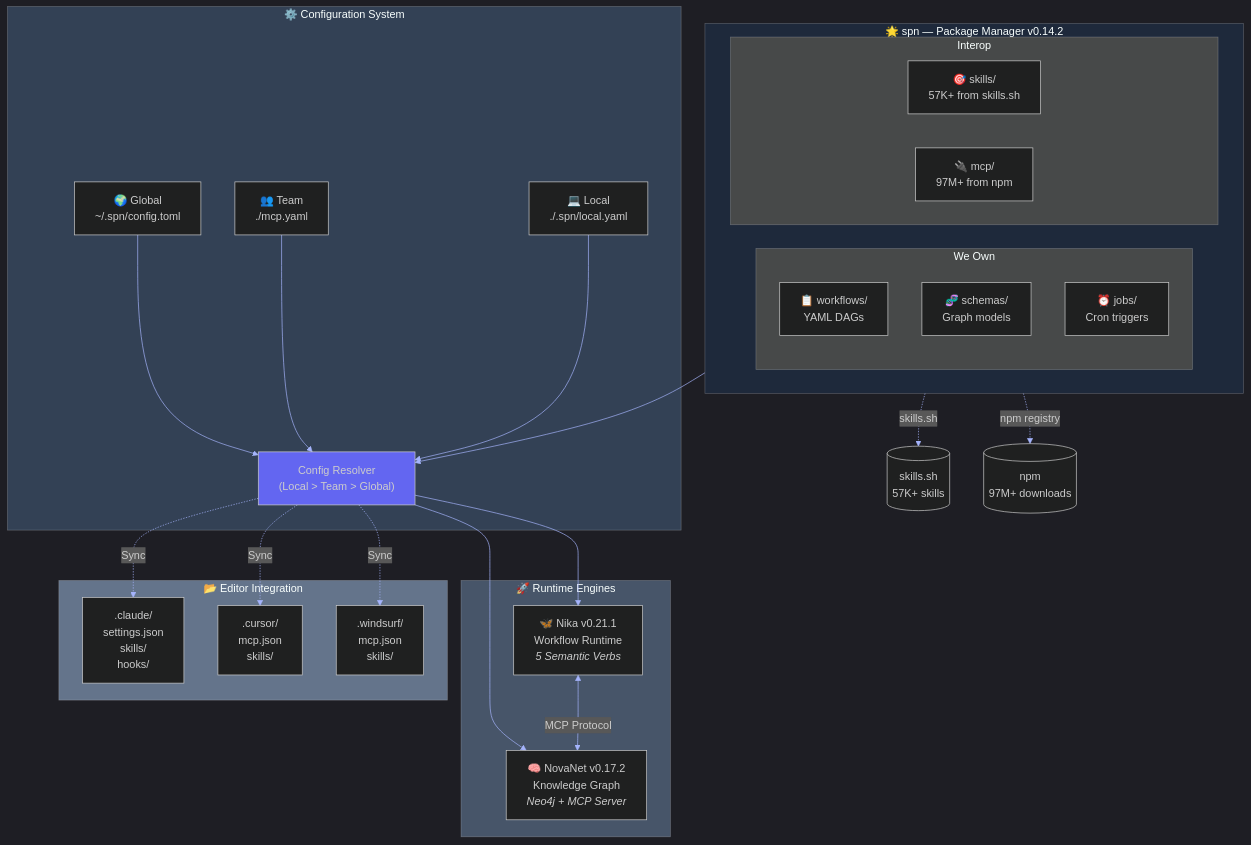
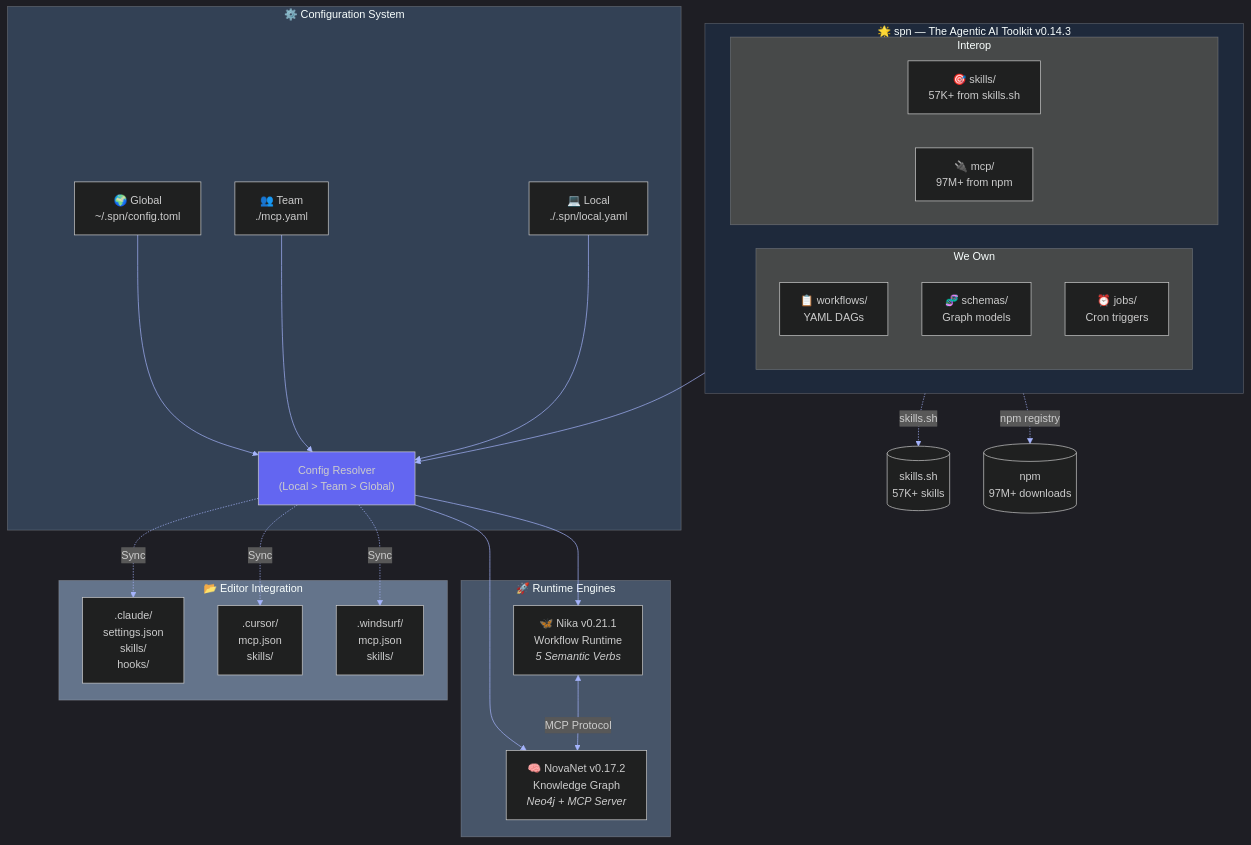
One commit to supernovae-st/supernovae-cli changed the seventh of 7 diagrams in README.md. Above: the diagram before and after it, drawn with Mermaid. The commit also changed other lines of this file and 10 other files, not shown here.

````diff
--- a/README.md
+++ b/README.md
@@ -2256,56 +2329,56 @@
 ```mermaid
 %%{init: {'theme': 'dark', 'themeVariables': { 'primaryColor': '#6366f1', 'primaryTextColor': '#fff', 'primaryBorderColor': '#818cf8', 'lineColor': '#a5b4fc', 'secondaryColor': '#1e1b4b', 'tertiaryColor': '#312e81'}}}%%
 flowchart TB
-    subgraph SPN["🌟 spn — Package Manager v0.14.2"]
+    subgraph SPN["🌟 spn — The Agentic AI Toolkit v0.14.3"]
         direction LR
         subgraph OWNED["We Own"]
             W["📋 workflows/<br/>YAML DAGs"]
             S["🧬 schemas/<br/>Graph models"]
             J["⏰ jobs/<br/>Cron triggers"]
         end
         subgraph INTEROP["Interop"]
             SK["🎯 skills/<br/>57K+ from skills.sh"]
             MCP["🔌 mcp/<br/>97M+ from npm"]
         end
     end
 
     subgraph CONFIG["⚙️ Configuration System"]
         GLOBAL["🌍 Global<br/>~/.spn/config.toml"]
         TEAM["👥 Team<br/>./mcp.yaml"]
         LOCAL["💻 Local<br/>./.spn/local.yaml"]
         RESOLVER["Config Resolver<br/>(Local > Team > Global)"]
 
         GLOBAL --> RESOLVER
         TEAM --> RESOLVER
         LOCAL --> RESOLVER
     end
 
     subgraph RUNTIME["🚀 Runtime Engines"]
         NIKA["🦋 Nika v0.21.1<br/>Workflow Runtime<br/><i>5 Semantic Verbs</i>"]
         NOVANET["🧠 NovaNet v0.17.2<br/>Knowledge Graph<br/><i>Neo4j + MCP Server</i>"]
     end
 
     subgraph EDITORS["📂 Editor Integration"]
         CLAUDE[".claude/<br/>settings.json<br/>skills/<br/>hooks/"]
         CURSOR[".cursor/<br/>mcp.json<br/>skills/"]
         WINDSURF[".windsurf/<br/>mcp.json<br/>skills/"]
     end
 
     SPN --> RESOLVER
     RESOLVER --> NIKA
     RESOLVER --> NOVANET
     NIKA <-->|MCP Protocol| NOVANET
 
     RESOLVER -.->|Sync| CLAUDE
     RESOLVER -.->|Sync| CURSOR
     RESOLVER -.->|Sync| WINDSURF
 
     SK -.-> |"skills.sh"| SKILLS[(skills.sh<br/>57K+ skills)]
     MCP -.-> |"npm registry"| NPM[(npm<br/>97M+ downloads)]
 
     style SPN fill:#1e293b
     style CONFIG fill:#334155
     style RUNTIME fill:#475569
     style EDITORS fill:#64748b
     style RESOLVER fill:#6366f1
 ```
````
